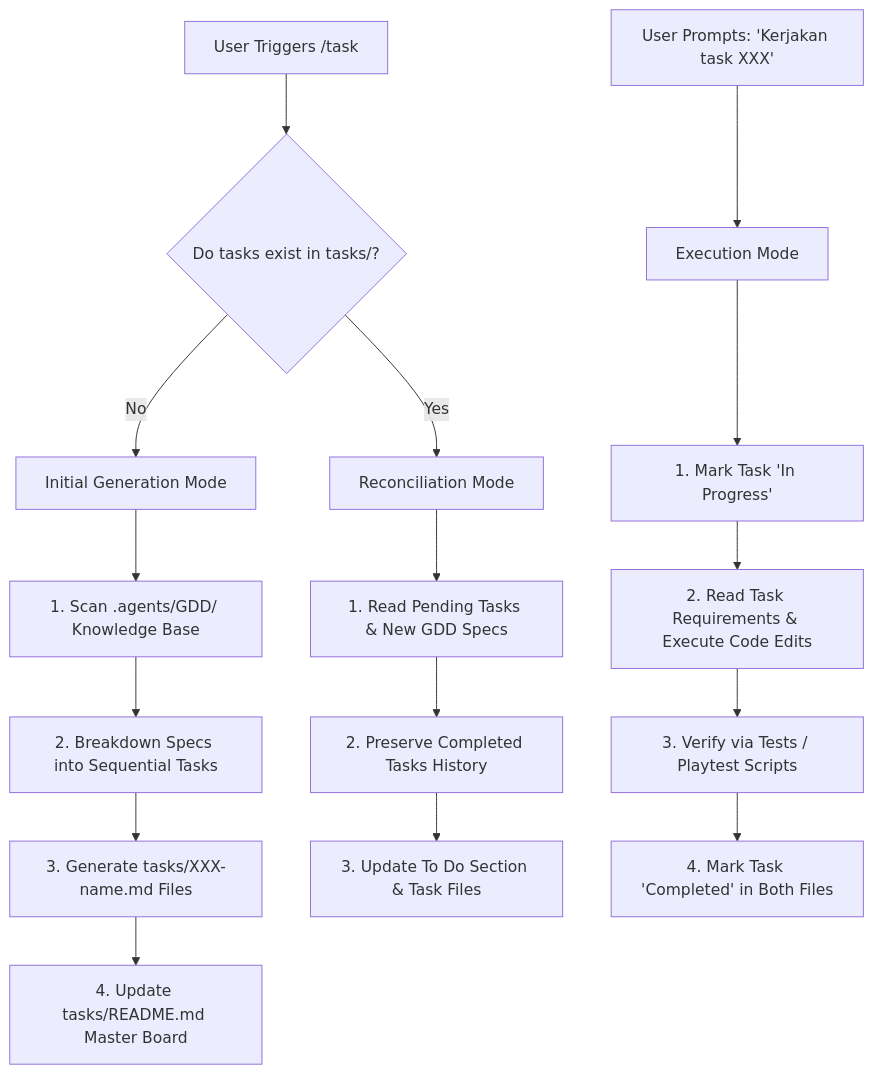
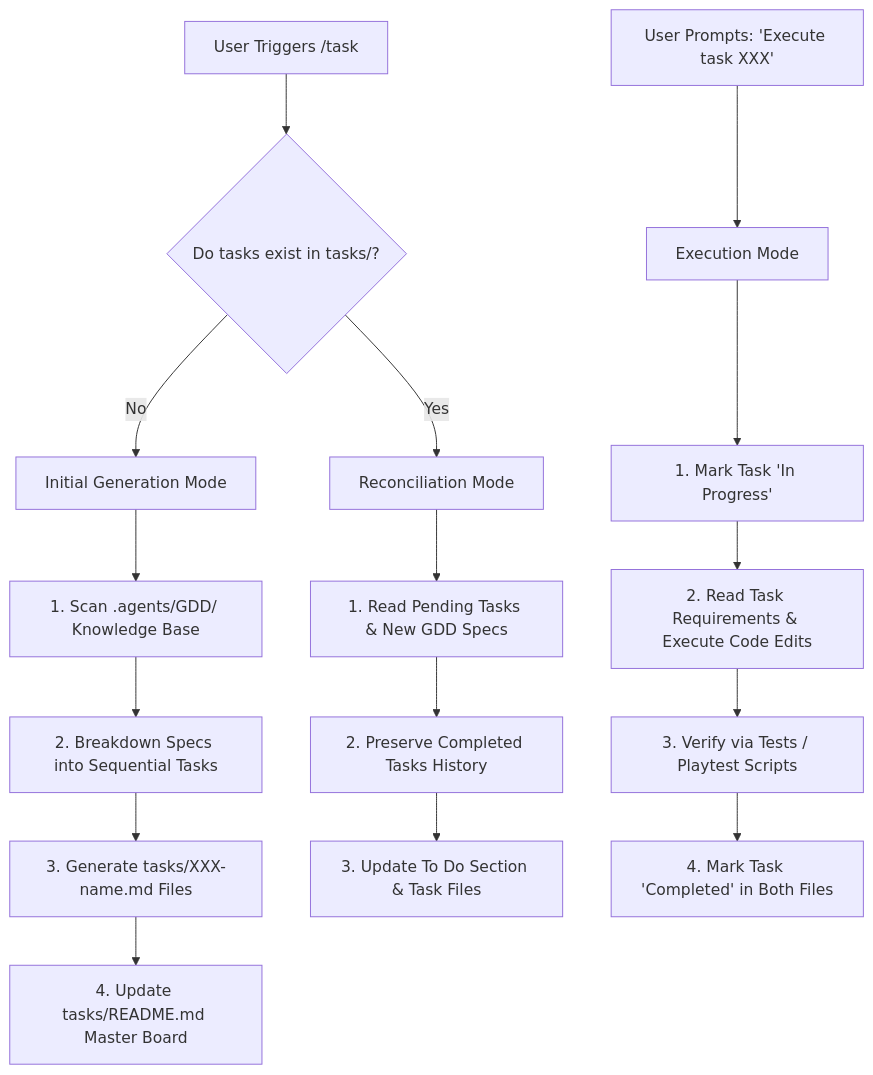
One commit to AxelS27/roblox-ai-framework changed the diagram in .agents/workflows/task.md. Above: the diagram before and after it, drawn with Mermaid. The commit also changed other lines of this file and 3 other files, not shown here.

Commit message:
Translate all markdown documentation, prompt triggers, flowcharts, and command examples to 100% English

````diff
--- a/.agents/workflows/task.md
+++ b/.agents/workflows/task.md
@@ -17,21 +17,21 @@
 ```mermaid
 graph TD
     A["User Triggers /task"] --> B{"Do tasks exist in tasks/?"}
     B -- No --> C["Initial Generation Mode"]
     B -- Yes --> D["Reconciliation Mode"]
     
     C --> E["1. Scan .agents/GDD/ Knowledge Base"]
     E --> F["2. Breakdown Specs into Sequential Tasks"]
     F --> G["3. Generate tasks/XXX-name.md Files"]
     G --> H["4. Update tasks/README.md Master Board"]
     
     D --> I["1. Read Pending Tasks & New GDD Specs"]
     I --> J["2. Preserve Completed Tasks History"]
     J --> K["3. Update To Do Section & Task Files"]
     
-    L["User Prompts: 'Kerjakan task XXX'"] --> M["Execution Mode"]
+    L["User Prompts: 'Execute task XXX'"] --> M["Execution Mode"]
     M --> N["1. Mark Task 'In Progress'"]
     N --> O["2. Read Task Requirements & Execute Code Edits"]
     O --> P["3. Verify via Tests / Playtest Scripts"]
     P --> Q["4. Mark Task 'Completed' in Both Files"]
 ```
````
